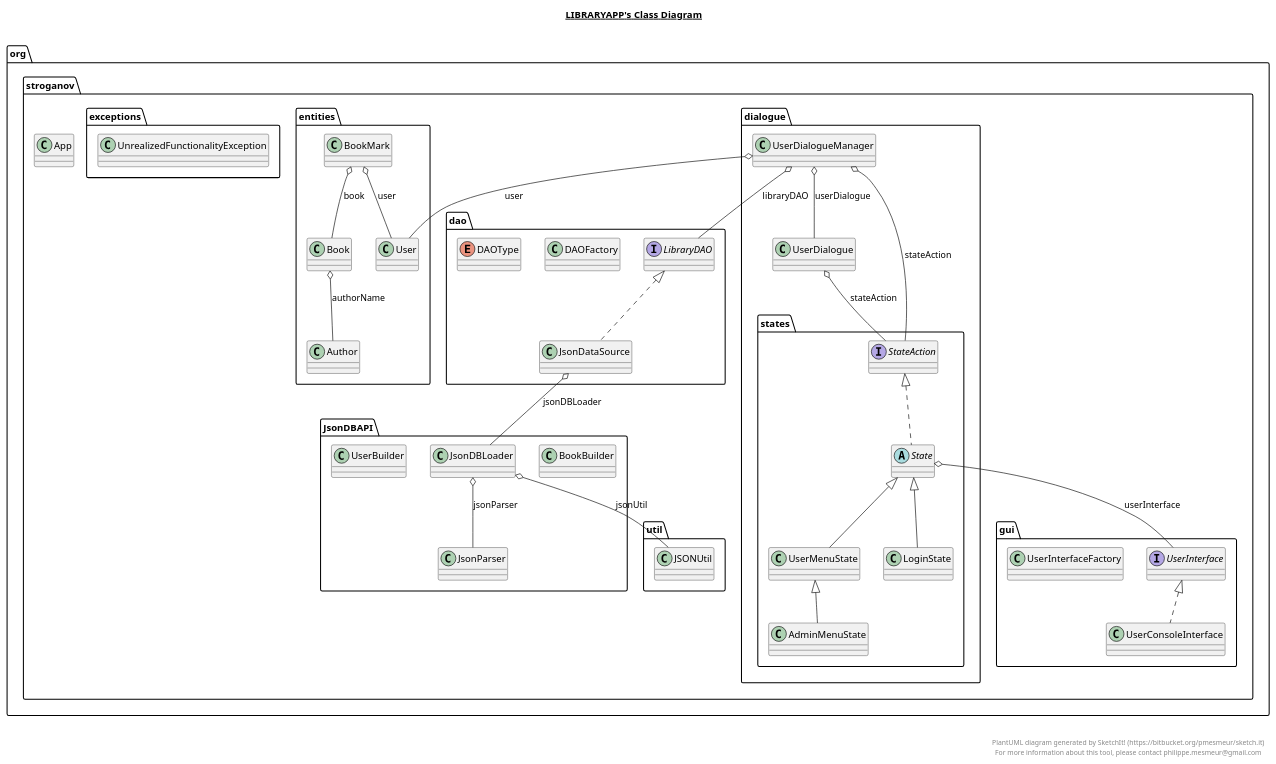
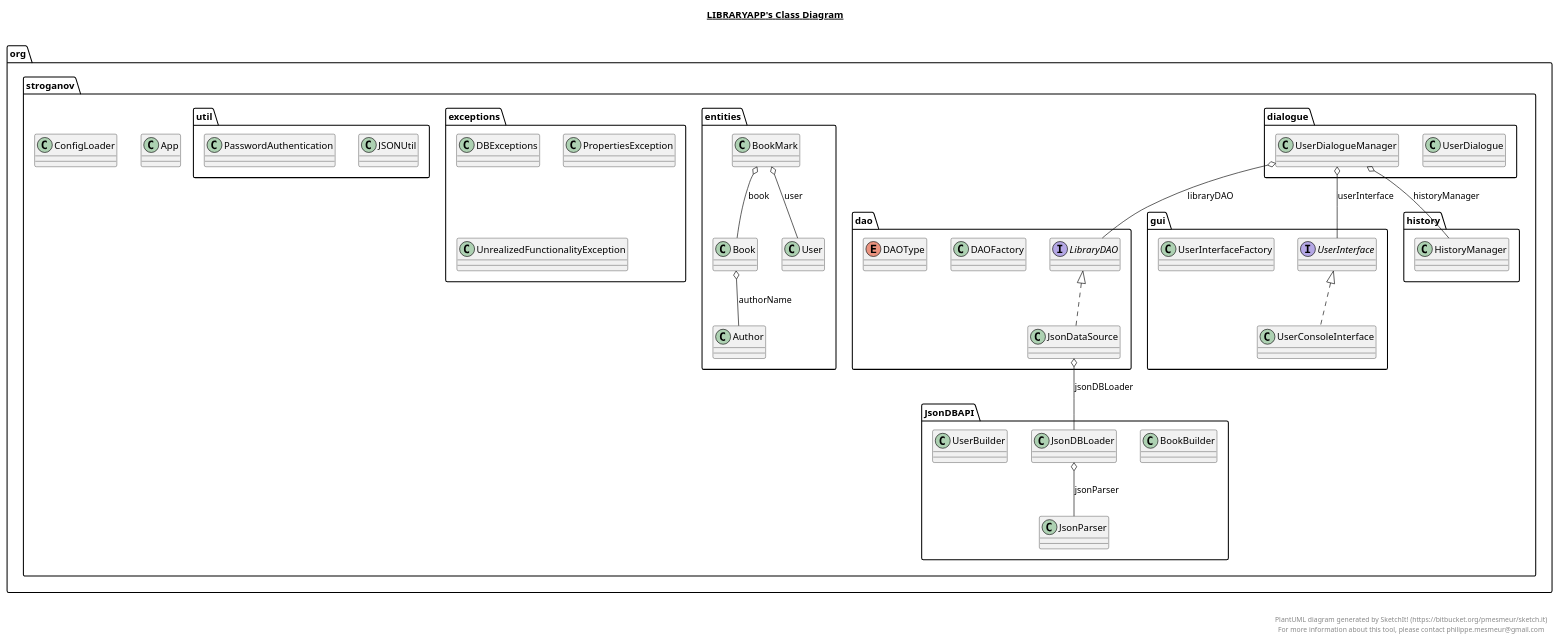
The diagram in LibraryApp.plantuml (SergeyStroganoff/LibraryApp), drawn with PlantUML before and after one commit. The commit also changed 14 other files, not shown here.

Commit message:
change JsonDBLoader

```diff
--- a/LibraryApp.plantuml
+++ b/LibraryApp.plantuml
@@ -4,6 +4,12 @@
 
   namespace org.stroganov {
     class org.stroganov.App {
+    }
+  }
+  
+
+  namespace org.stroganov {
+    class org.stroganov.ConfigLoader {
     }
   }
   
@@ -89,56 +95,6 @@
   
 
   namespace org.stroganov {
-    namespace dialogue {
-      namespace states {
-        class org.stroganov.dialogue.states.AdminMenuState {
-        }
-      }
-    }
-  }
-  
-
-  namespace org.stroganov {
-    namespace dialogue {
-      namespace states {
-        class org.stroganov.dialogue.states.LoginState {
-        }
-      }
-    }
-  }
-  
-
-  namespace org.stroganov {
-    namespace dialogue {
-      namespace states {
-        abstract class org.stroganov.dialogue.states.State {
-        }
-      }
-    }
-  }
-  
-
-  namespace org.stroganov {
-    namespace dialogue {
-      namespace states {
-        interface org.stroganov.dialogue.states.StateAction {
-        }
-      }
-    }
-  }
-  
-
-  namespace org.stroganov {
-    namespace dialogue {
-      namespace states {
-        class org.stroganov.dialogue.states.UserMenuState {
-        }
-      }
-    }
-  }
-  
-
-  namespace org.stroganov {
     namespace entities {
       class org.stroganov.entities.Author {
       }
@@ -165,6 +121,22 @@
   namespace org.stroganov {
     namespace entities {
       class org.stroganov.entities.User {
+      }
+    }
+  }
+  
+
+  namespace org.stroganov {
+    namespace exceptions {
+      class org.stroganov.exceptions.DBExceptions {
+      }
+    }
+  }
+  
+
+  namespace org.stroganov {
+    namespace exceptions {
+      class org.stroganov.exceptions.PropertiesException {
       }
     }
   }
@@ -203,6 +175,14 @@
   
 
   namespace org.stroganov {
+    namespace history {
+      class org.stroganov.history.HistoryManager {
+      }
+    }
+  }
+  
+
+  namespace org.stroganov {
     namespace util {
       class org.stroganov.util.JSONUtil {
       }
@@ -210,20 +190,20 @@
   }
   
 
+  namespace org.stroganov {
+    namespace util {
+      class org.stroganov.util.PasswordAuthentication {
+      }
+    }
+  }
+  
+
   org.stroganov.JsonDBAPI.JsonDBLoader o-- org.stroganov.JsonDBAPI.JsonParser : jsonParser
-  org.stroganov.JsonDBAPI.JsonDBLoader o-- org.stroganov.util.JSONUtil : jsonUtil
   org.stroganov.dao.JsonDataSource .up.|> org.stroganov.dao.LibraryDAO
   org.stroganov.dao.JsonDataSource o-- org.stroganov.JsonDBAPI.JsonDBLoader : jsonDBLoader
-  org.stroganov.dialogue.UserDialogue o-- org.stroganov.dialogue.states.StateAction : stateAction
+  org.stroganov.dialogue.UserDialogueManager o-- org.stroganov.history.HistoryManager : historyManager
   org.stroganov.dialogue.UserDialogueManager o-- org.stroganov.dao.LibraryDAO : libraryDAO
-  org.stroganov.dialogue.UserDialogueManager o-- org.stroganov.entities.User : user
-  org.stroganov.dialogue.UserDialogueManager o-- org.stroganov.dialogue.UserDialogue : userDialogue
-  org.stroganov.dialogue.UserDialogueManager o-- org.stroganov.dialogue.states.StateAction : stateAction
-  org.stroganov.dialogue.states.AdminMenuState -up-|> org.stroganov.dialogue.states.UserMenuState
-  org.stroganov.dialogue.states.LoginState -up-|> org.stroganov.dialogue.states.State
-  org.stroganov.dialogue.states.State .up.|> org.stroganov.dialogue.states.StateAction
-  org.stroganov.dialogue.states.State o-- org.stroganov.gui.UserInterface : userInterface
-  org.stroganov.dialogue.states.UserMenuState -up-|> org.stroganov.dialogue.states.State
+  org.stroganov.dialogue.UserDialogueManager o-- org.stroganov.gui.UserInterface : userInterface
   org.stroganov.entities.Book o-- org.stroganov.entities.Author : authorName
   org.stroganov.entities.BookMark o-- org.stroganov.entities.Book : book
   org.stroganov.entities.BookMark o-- org.stroganov.entities.User : user
```
